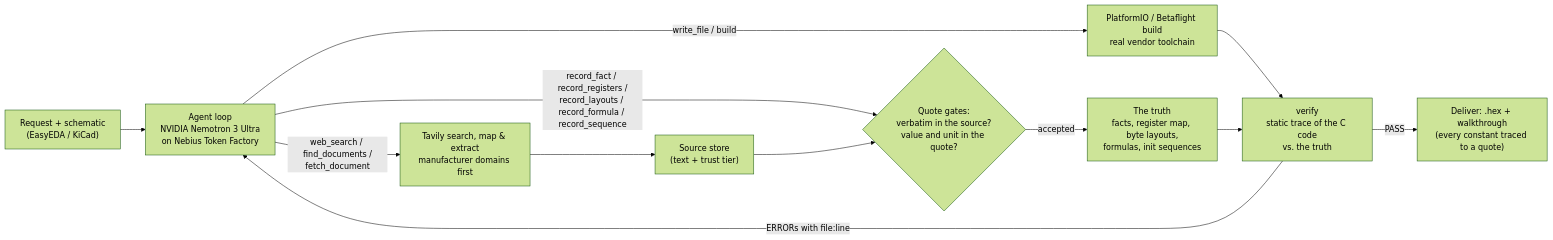
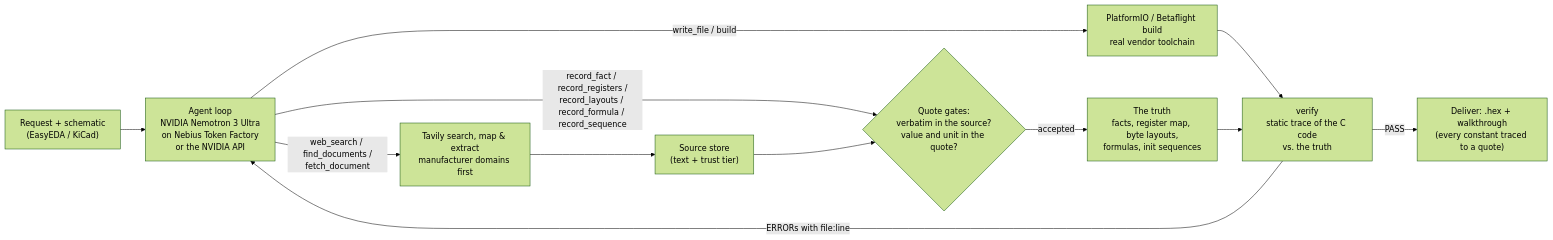
Before and after one commit to Toy-tusk7/embedded_force: the diagram in README.md, drawn with Mermaid (forest theme). The commit also changed other lines of this file and 1 other file, not shown here.

````diff
--- a/README.md
+++ b/README.md
@@ -29,14 +29,14 @@
 ```mermaid
 flowchart LR
-    U["Request + schematic<br/>(EasyEDA / KiCad)"] --> A["Agent loop<br/>NVIDIA Nemotron 3 Ultra<br/>on Nebius Token Factory"]
+    U["Request + schematic<br/>(EasyEDA / KiCad)"] --> A["Agent loop<br/>NVIDIA Nemotron 3 Ultra<br/>on Nebius Token Factory<br/>or the NVIDIA API"]
     A -->|web_search / find_documents /<br/>fetch_document| T["Tavily search, map & extract<br/>manufacturer domains first"]
     T --> S["Source store<br/>(text + trust tier)"]
     A -->|record_fact / record_registers /<br/>record_layouts / record_formula / record_sequence| G{"Quote gates:<br/>verbatim in the source?<br/>value and unit in the quote?"}
     S --> G
     G -->|accepted| L["The truth<br/>facts, register map, byte layouts,<br/>formulas, init sequences"]
     A -->|write_file / build| B["PlatformIO / Betaflight build<br/>real vendor toolchain"]
     B --> V["verify<br/>static trace of the C code<br/>vs. the truth"]
     L --> V
     V -->|ERRORs with file:line| A
     V -->|PASS| D["Deliver: .hex + walkthrough<br/>(every constant traced to a quote)"]
 ```
````
